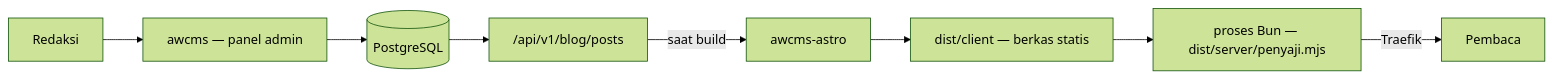
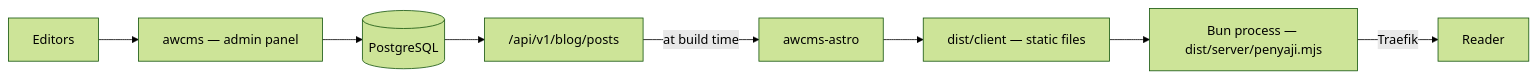
The diagram in README.md (ahliweb/awcms-astro), drawn with Mermaid (forest theme) before and after one commit. The commit also changed other lines of this file and 14 other files, not shown here.

````diff
--- a/README.md
+++ b/README.md
@@ -71,10 +72,10 @@
 ```mermaid
 flowchart LR
-  Redaksi["Redaksi"] --> Admin["awcms — panel admin"]
+  Editors["Editors"] --> Admin["awcms — admin panel"]
   Admin --> DB[("PostgreSQL")]
   DB --> API["/api/v1/blog/posts"]
-  API -->|"saat build"| Astro["awcms-astro"]
-  Astro --> Dist["dist/client — berkas statis"]
-  Dist --> Bun["proses Bun — dist/server/penyaji.mjs"]
-  Bun -->|"Traefik"| Pembaca["Pembaca"]
+  API -->|"at build time"| Astro["awcms-astro"]
+  Astro --> Dist["dist/client — static files"]
+  Dist --> Bun["Bun process — dist/server/penyaji.mjs"]
+  Bun -->|"Traefik"| Reader["Reader"]
 ```
````
